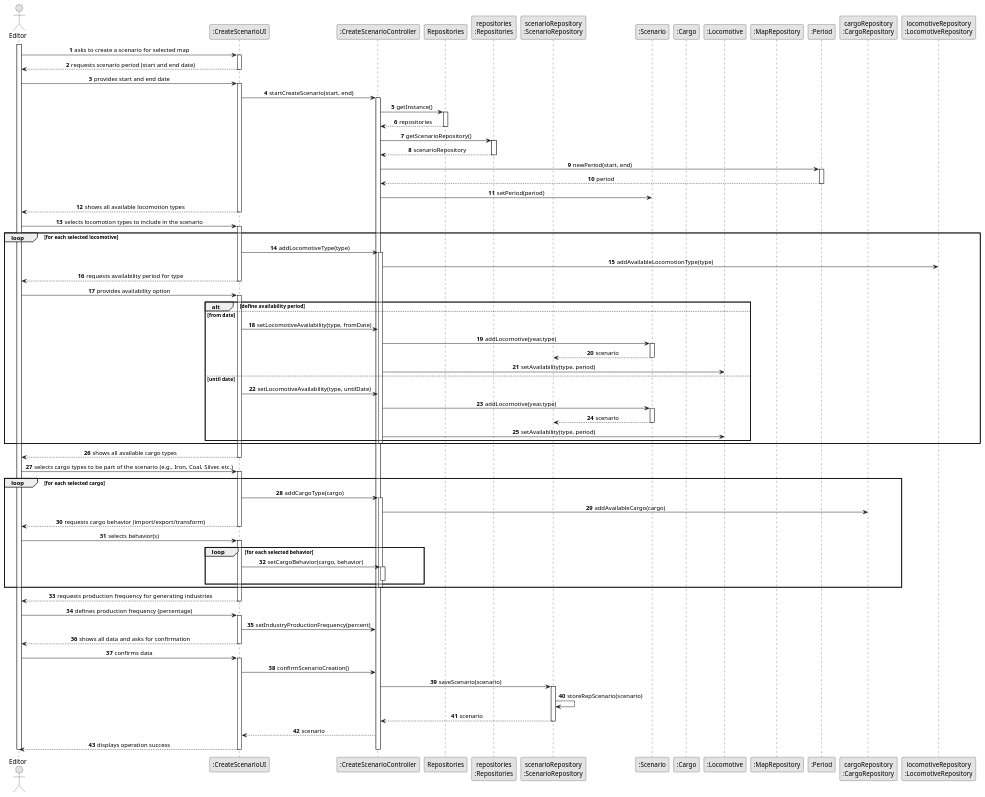
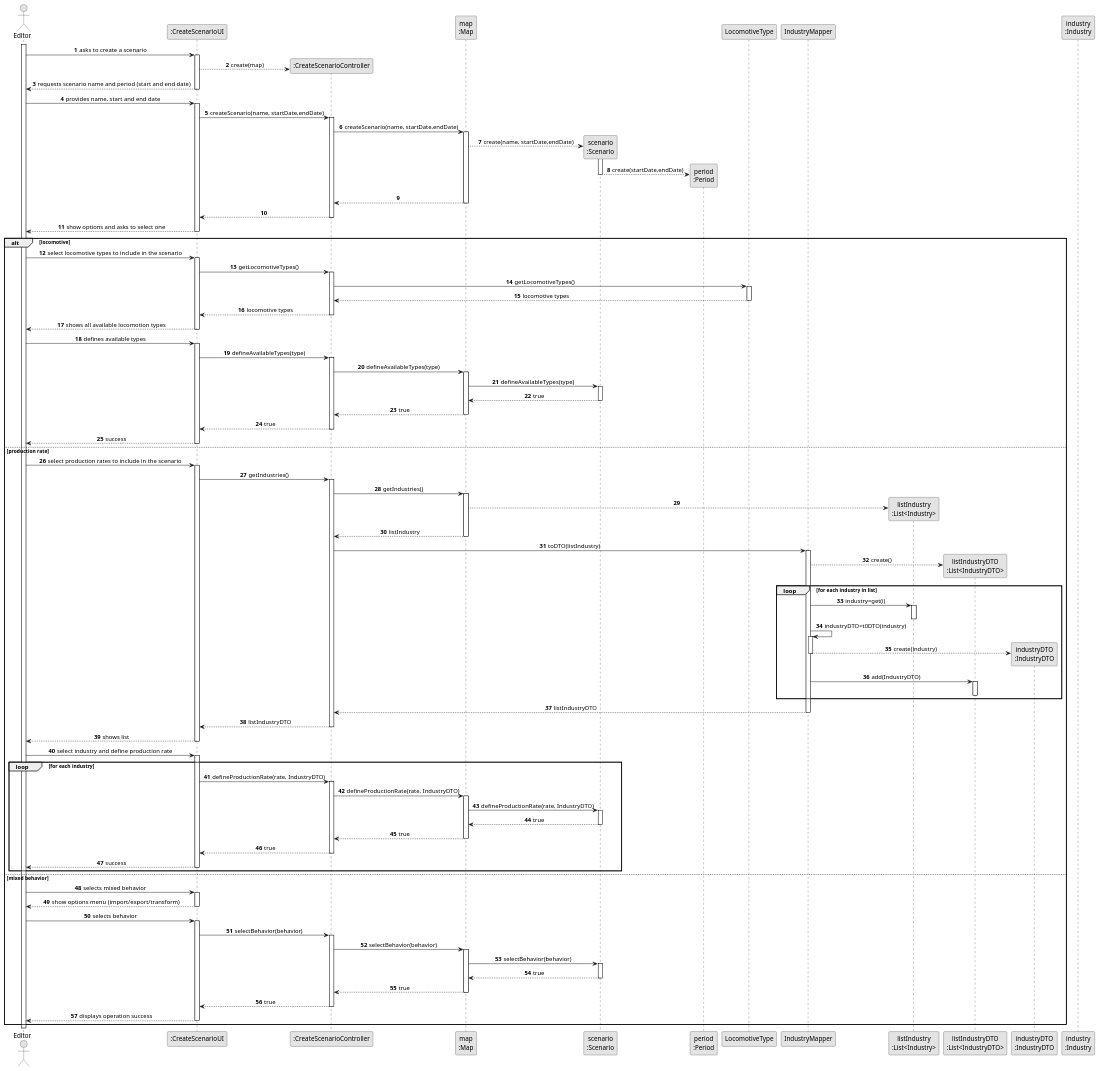
One commit to 1240826/empire-on-tracks changed the diagram in docs/system-documentation/US004/03.design/puml/US004-SD-full.puml. Above: the diagram before and after it, drawn with PlantUML. The commit also changed 28 other files, not shown here.

```diff
--- a/docs/system-documentation/US004/03.design/puml/US004-SD-full.puml
+++ b/docs/system-documentation/US004/03.design/puml/US004-SD-full.puml
@@ -1,145 +1,151 @@
 @startuml
 skinparam monochrome true
 skinparam packageStyle rectangle
 skinparam shadowing false
 skinparam sequenceMessageAlign center
 
 autonumber
 
 actor "Editor" as Editor
 participant ":CreateScenarioUI" as UI
-participant ":CreateScenarioController" as Controller
-participant "Repositories" as REPOS
-participant "repositories\n:Repositories" as REPOS_SINGLETON
-participant "scenarioRepository\n:ScenarioRepository" as SCENARIO_REPO
-participant ":Scenario" as Scenario
-participant ":Cargo" as Cargo
-participant ":Locomotive" as Locomotive
-participant ":MapRepository" as MapRepo
-participant ":Period" as Period
-participant "cargoRepository\n:CargoRepository" as CargoRepo
-participant "locomotiveRepository\n:LocomotiveRepository" as LocoRepo
+participant ":CreateScenarioController" as CTRL
+participant "map\n:Map" as Map
+participant "scenario\n:Scenario" as Scenario
+participant "period\n:Period" as Period
+participant "LocomotiveType" as LocomotiveType
+participant "IndustryMapper" as IndustryMapper
+participant "listIndustry\n:List<Industry>" as ListIndustry
+participant "listIndustryDTO\n:List<IndustryDTO>" as ListIndustryDTO
+participant "industryDTO\n:IndustryDTO" as IndustryDTO
+participant "industry\n:Industry" as Industry
+
 
 activate Editor
 
-Editor -> UI : asks to create a scenario for selected map
+Editor -> UI : asks to create a scenario
 activate UI
-UI --> Editor : requests scenario period (start and end date)
+    UI --> CTRL **: create(map)
+UI --> Editor : requests scenario name and period (start and end date)
+deactivate UI
+Editor -> UI : provides name, start and end date
+activate UI
+UI -> CTRL: createScenario(name, startDate,endDate)
+activate CTRL
+CTRL -> Map: createScenario(name, startDate,endDate)
+activate Map
+Map --> Scenario**: create(name, startDate,endDate)
+activate Scenario
+Scenario --> Period**: create(startDate,endDate)
+
+deactivate Scenario
+Map --> CTRL:
+deactivate Map
+CTRL --> UI:
+deactivate CTRL
+UI --> Editor: show options and asks to select one
 deactivate UI
 
-Editor -> UI: provides start and end date
+alt locomotive
+Editor -> UI: select locomotive types to include in the scenario
 activate UI
-UI -> Controller : startCreateScenario(start, end)
-activate Controller
-
-Controller -> REPOS : getInstance()
-activate REPOS
-REPOS --> Controller : repositories
-deactivate REPOS
-
-
-Controller -> REPOS_SINGLETON : getScenarioRepository()
-activate REPOS_SINGLETON
-REPOS_SINGLETON --> Controller : scenarioRepository
-deactivate REPOS_SINGLETON
-
-Controller -> Period : newPeriod(start, end)
-activate Period
-Period --> Controller : period
-deactivate Period
-Controller -> Scenario : setPeriod(period)
-deactivate REPOS_SINGLETON
-
+UI -> CTRL: getLocomotiveTypes()
+activate CTRL
+CTRL -> LocomotiveType: getLocomotiveTypes()
+activate LocomotiveType
+LocomotiveType --> CTRL: locomotive types
+deactivate LocomotiveType
+CTRL --> UI: locomotive types
+deactivate CTRL
 UI --> Editor : shows all available locomotion types
 deactivate UI
-
-Editor -> UI : selects locomotion types to include in the scenario
+Editor -> UI: defines available types
 activate UI
-
-loop for each selected locomotive
-    UI -> Controller : addLocomotiveType(type)
-    activate Controller
-    Controller -> LocoRepo : addAvailableLocomotionType(type)
-
-
-        UI --> Editor : requests availability period for type
-        deactivate UI
-        Editor -> UI : provides availability option
-        activate UI
-
-        alt define availability period
-        else from date
-            UI -> Controller : setLocomotiveAvailability(type, fromDate)
-            Controller -> Scenario : addLocomotive(year,type)
-            activate Scenario
-            Scenario --> SCENARIO_REPO: scenario
-            deactivate
-            Controller -> Locomotive : setAvailability(type, period)
-            deactivate Period
-
-        else until date
-            UI -> Controller : setLocomotiveAvailability(type, untilDate)
-            Controller -> Scenario : addLocomotive(year,type)
-                        activate Scenario
-                        Scenario --> SCENARIO_REPO: scenario
-                        deactivate
-            deactivate Period
-            Controller -> Locomotive : setAvailability(type, period)
-            deactivate Period
-    end
-    deactivate Controller
-end
-
-UI --> Editor : shows all available cargo types
+UI -> CTRL: defineAvailableTypes(type)
+activate CTRL
+CTRL -> Map: defineAvailableTypes(type)
+activate Map
+Map -> Scenario: defineAvailableTypes(type)
+activate Scenario
+Scenario --> Map: true
+deactivate Scenario
+Map --> CTRL: true
+deactivate Map
+CTRL --> UI: true
+deactivate CTRL
+UI --> Editor: success
 deactivate UI
 
-Editor -> UI : selects cargo types to be part of the scenario (e.g., Iron, Coal, Silver, etc.)
+else production rate
+Editor -> UI: select production rates to include in the scenario
 activate UI
+UI -> CTRL: getIndustries()
+activate CTRL
+CTRL -> Map: getIndustries()
+activate Map
+Map --> ListIndustry**:
+Map --> CTRL: listIndustry
+deactivate Map
+CTRL -> IndustryMapper: toDTO(listIndustry)
+activate IndustryMapper
+IndustryMapper --> ListIndustryDTO**: create()
+loop for each industry in list
+IndustryMapper -> ListIndustry: industry=get(i)
+activate ListIndustry
+deactivate ListIndustry
+IndustryMapper -> IndustryMapper: industryDTO=t0DTO(industry)
+activate IndustryMapper
+IndustryMapper --> IndustryDTO** : create(industry)
+deactivate IndustryMapper
+IndustryMapper -> ListIndustryDTO: add(IndustryDTO)
+activate ListIndustryDTO
+deactivate ListIndustryDTO
+end
+IndustryMapper --> CTRL: listIndustryDTO
+deactivate IndustryMapper
+CTRL --> UI: listIndustryDTO
+deactivate CTRL
+UI --> Editor: shows list
 
-loop for each selected cargo
-    UI -> Controller : addCargoType(cargo)
-    activate Controller
-    Controller -> CargoRepo : addAvailableCargo(cargo)
+deactivate UI
+Editor -> UI: select industry and define production rate
+loop for each industry
+activate UI
+UI -> CTRL: defineProductionRate(rate, IndustryDTO)
+activate CTRL
+CTRL -> Map: defineProductionRate(rate, IndustryDTO)
+activate Map
+Map -> Scenario: defineProductionRate(rate, IndustryDTO)
+activate Scenario
+Scenario --> Map: true
+deactivate Scenario
+Map --> CTRL: true
+deactivate Map
+CTRL --> UI: true
+deactivate CTRL
+UI --> Editor: success
+deactivate UI
+end
+else mixed behavior
+Editor -> UI: selects mixed behavior
+activate UI
+UI --> Editor: show options menu (import/export/transform)
+deactivate UI
+Editor -> UI: selects behavior
+activate UI
+UI -> CTRL: selectBehavior(behavior)
+activate CTRL
+CTRL -> Map: selectBehavior(behavior)
+activate Map
+Map -> Scenario: selectBehavior(behavior)
+activate Scenario
+Scenario --> Map: true
+deactivate Scenario
+Map --> CTRL: true
+deactivate Map
+CTRL --> UI: true
+deactivate CTRL
+UI --> Editor : displays operation success
+deactivate UI
 
-    UI --> Editor : requests cargo behavior (import/export/transform)
-    deactivate UI
-    Editor -> UI : selects behavior(s)
-    activate UI
-
-    loop for each selected behavior
-        UI -> Controller : setCargoBehavior(cargo, behavior)
-        activate Controller
-        deactivate Controller
-    end
-    deactivate Controller
 end
-
-UI --> Editor : requests production frequency for generating industries
-deactivate UI
-Editor -> UI : defines production frequency (percentage)
-activate UI
-UI -> Controller : setIndustryProductionFrequency(percent)
-
-UI --> Editor : shows all data and asks for confirmation
-deactivate UI
-Editor -> UI : confirms data
-activate UI
-UI -> Controller : confirmScenarioCreation()
-
-
-Controller -> SCENARIO_REPO : saveScenario(scenario)
-activate SCENARIO_REPO
-SCENARIO_REPO -> SCENARIO_REPO : storeRepScenario(scenario)
-SCENARIO_REPO --> Controller : scenario
-deactivate SCENARIO_REPO
-
-Controller --> UI : scenario
-UI --> Editor : displays operation success
-
-deactivate SCENARIO_REPO
-deactivate MapRepo
-deactivate REPOS
-deactivate Controller
-deactivate UI
-deactivate Editor
 @enduml
```
